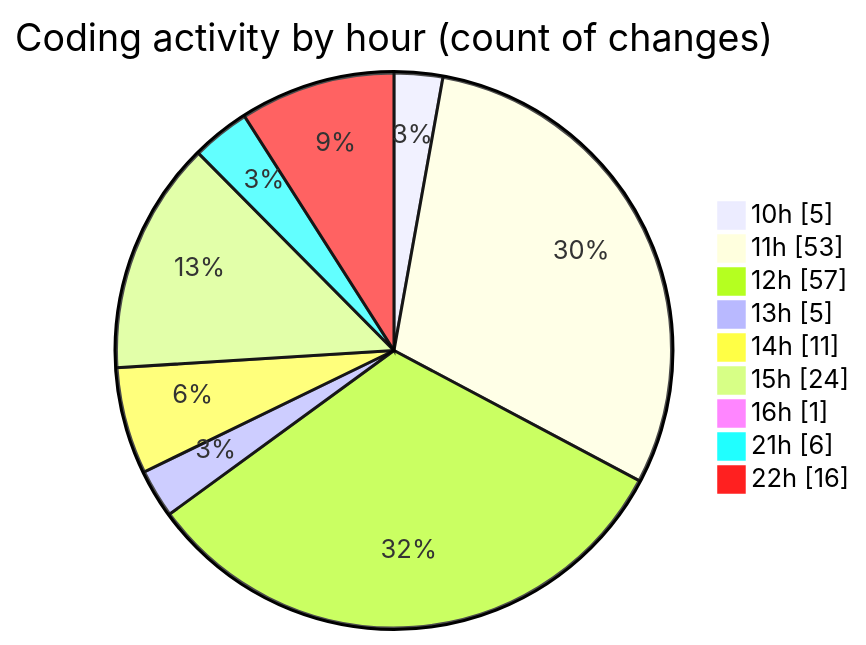
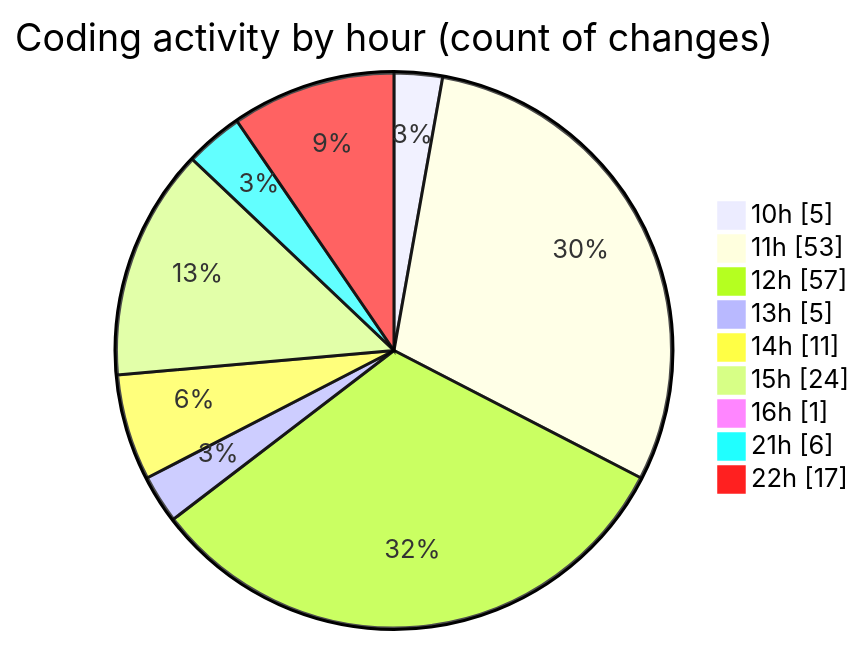
The second of 2 diagrams in 2025-06-17/cda/README.md (momahboobian/code-tracking), drawn with Mermaid before and after one commit. The commit also changed other lines of this file and 1 other file, not shown here.

````diff
--- a/2025-06-17/cda/README.md
+++ b/2025-06-17/cda/README.md
@@ -61,13 +61,13 @@
 ```mermaid
 pie showData
 title Coding activity by hour (count of changes)
 "10h" : 5
 "11h" : 53
 "12h" : 57
 "13h" : 5
 "14h" : 11
 "15h" : 24
 "16h" : 1
 "21h" : 6
-"22h" : 16
+"22h" : 17
 ```
````
